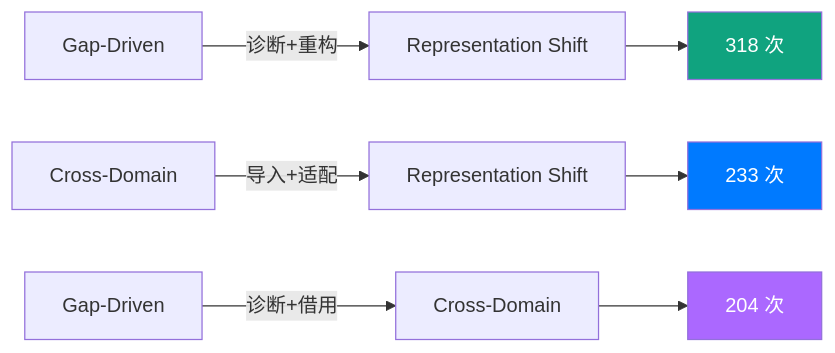
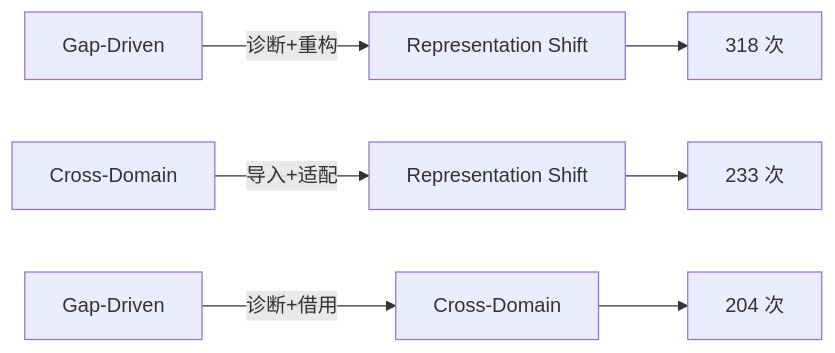
The second of 2 diagrams in src/content/docs/idea/projects.mdx (yiweinanzi/ai-research-ebook), drawn with Mermaid before and after one commit. The commit also changed other lines of this file and 8 other files, not shown here.

First line of the commit message:
feat: enhance homepage and diagram scripts

````diff
--- a/src/content/docs/idea/projects.mdx
+++ b/src/content/docs/idea/projects.mdx
@@ -80,14 +77,11 @@
 ```mermaid
 flowchart LR
     A[Gap-Driven] -->|诊断+重构| B[Representation Shift]
     C[Cross-Domain] -->|导入+适配| D[Representation Shift]
     E[Gap-Driven] -->|诊断+借用| F[Cross-Domain]
 
     B --> G["318 次"]
     D --> H["233 次"]
     F --> I["204 次"]
 
-    style G fill:#10a37f,color:#fff
-    style H fill:#007aff,color:#fff
-    style I fill:#ab68ff,color:#fff
 ```
````
